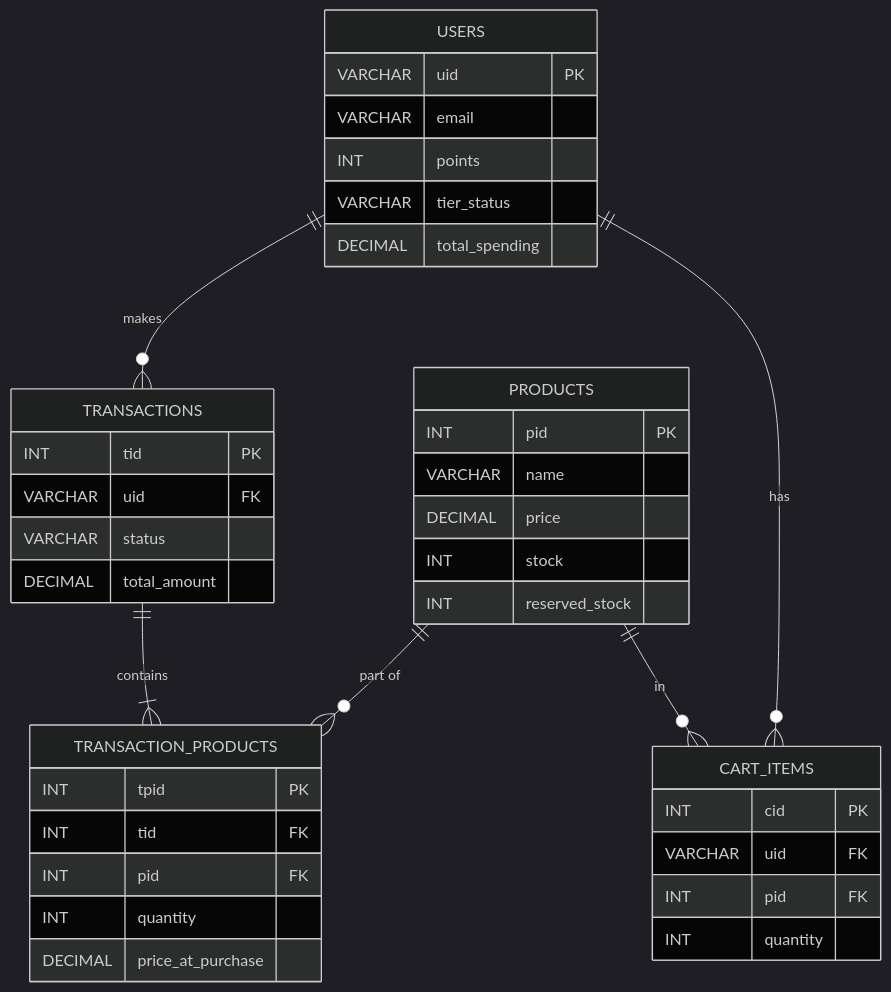
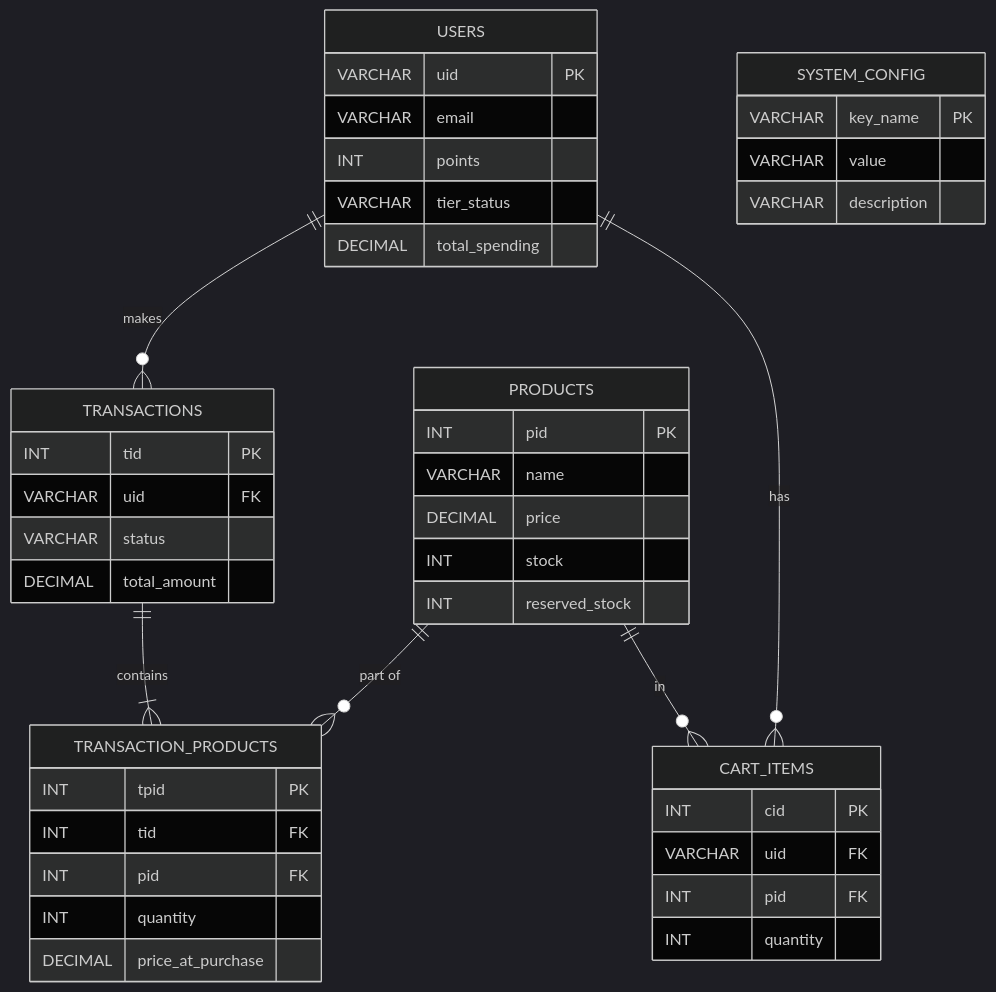
One commit to johnmak101-ops/Fsse2510ProjectBackend changed the diagram in docs/07-Database-Schema.md. Above: the diagram before and after it, drawn with Mermaid (dark theme). The commit also changed other lines of this file and 3 other files, not shown here.

Commit message:
docs: update backend documentation (BRD, FSD, API Spec, Database Schema)

````diff
--- a/docs/07-Database-Schema.md
+++ b/docs/07-Database-Schema.md
@@ -87,42 +96,47 @@
 ```mermaid
 erDiagram
     USERS ||--o{ TRANSACTIONS : "makes"
     USERS ||--o{ CART_ITEMS : "has"
     PRODUCTS ||--o{ CART_ITEMS : "in"
     PRODUCTS ||--o{ TRANSACTION_PRODUCTS : "part of"
     TRANSACTIONS ||--|{ TRANSACTION_PRODUCTS : "contains"
 
     USERS {
         VARCHAR uid PK
         VARCHAR email
         INT points
         VARCHAR tier_status
         DECIMAL total_spending
     }
     PRODUCTS {
         INT pid PK
         VARCHAR name
         DECIMAL price
         INT stock
         INT reserved_stock
     }
     CART_ITEMS {
         INT cid PK
         VARCHAR uid FK
         INT pid FK
         INT quantity
     }
     TRANSACTIONS {
         INT tid PK
         VARCHAR uid FK
         VARCHAR status
         DECIMAL total_amount
     }
     TRANSACTION_PRODUCTS {
         INT tpid PK
         INT tid FK
         INT pid FK
         INT quantity
         DECIMAL price_at_purchase
     }
+    SYSTEM_CONFIG {
+        VARCHAR key_name PK
+        VARCHAR value
+        VARCHAR description
+    }
 ```
````
